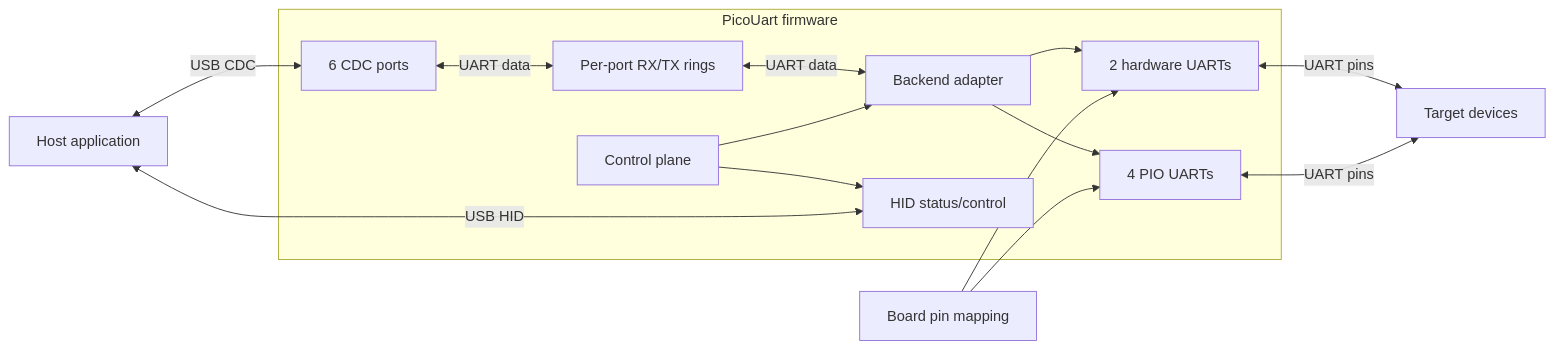
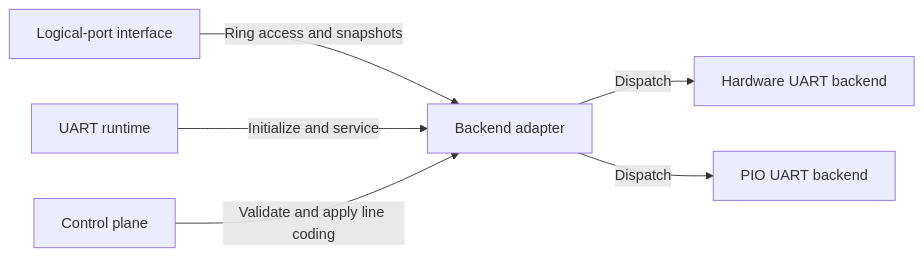
One commit to djwinter29-oss/PicoUart changed the diagram in docs/design/uart/README.md. Above: the diagram before and after it, drawn with Mermaid. The commit also changed other lines of this file and 85 other files, not shown here.

````diff
--- a/docs/design/uart/README.md
+++ b/docs/design/uart/README.md
@@ -11,25 +13,8 @@
 ```mermaid
 flowchart LR
-    Host["Host application"]
-    subgraph Device["PicoUart firmware"]
-        CDC["6 CDC ports"]
-        Rings["Per-port RX/TX rings"]
-        Backend["Backend adapter"]
-        HW["2 hardware UARTs"]
-        PIO["4 PIO UARTs"]
-        Control["Control plane"]
-        HID["HID status/control"]
-        CDC <-->|"UART data"| Rings
-        Rings <-->|"UART data"| Backend
-        Control --> Backend
-        Control --> HID
-        Backend --> HW
-        Backend --> PIO
-    end
-    Board["Board pin mapping"] --> HW
-    Board --> PIO
-    Host <-->|"USB CDC"| CDC
-    Host <-->|"USB HID"| HID
-    HW <-->|"UART pins"| Target["Target devices"]
-    PIO <-->|"UART pins"| Target
+  Port["Logical-port interface"] -->|"Ring access and snapshots"| Adapter["Backend adapter"]
+  Runtime["UART runtime"] -->|"Initialize and service"| Adapter
+  Control["Control plane"] -->|"Validate and apply line coding"| Adapter
+  Adapter -->|"Dispatch"| HW["Hardware UART backend"]
+  Adapter -->|"Dispatch"| PIO["PIO UART backend"]
 ```
````
